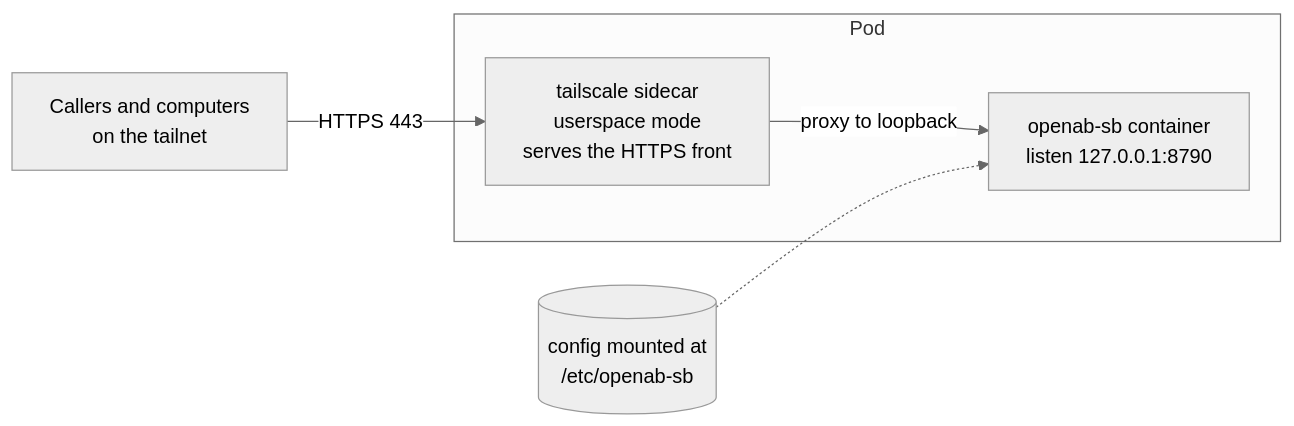
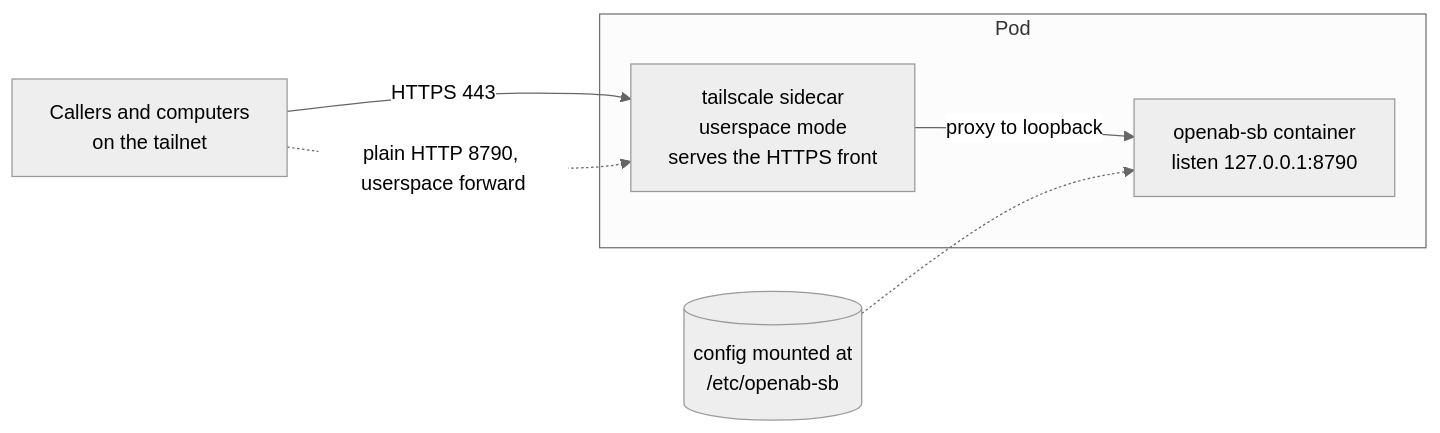
The second of 4 diagrams in README.md (openabdev/openab-sb), drawn with Mermaid (neutral theme) before and after one commit. The commit also changed other lines of this file, not shown here.

First line of the commit message:
docs: address review (diagram validity, reload row, pod/sidecar claims)

````diff
--- a/README.md
+++ b/README.md
@@ -315,10 +320,11 @@
 ```mermaid
 flowchart LR
     clients["Callers and computers<br/>on the tailnet"] -- "HTTPS 443" --> ts
     subgraph pod["Pod"]
         ts["tailscale sidecar<br/>userspace mode<br/>serves the HTTPS front"]
         sb["openab-sb container<br/>listen 127.0.0.1:8790"]
         ts -- "proxy to loopback" --> sb
     end
+    clients -. "plain HTTP 8790, userspace forward" .-> ts
     cfg[("config mounted at<br/>/etc/openab-sb")] -.-> sb
 ```
````
